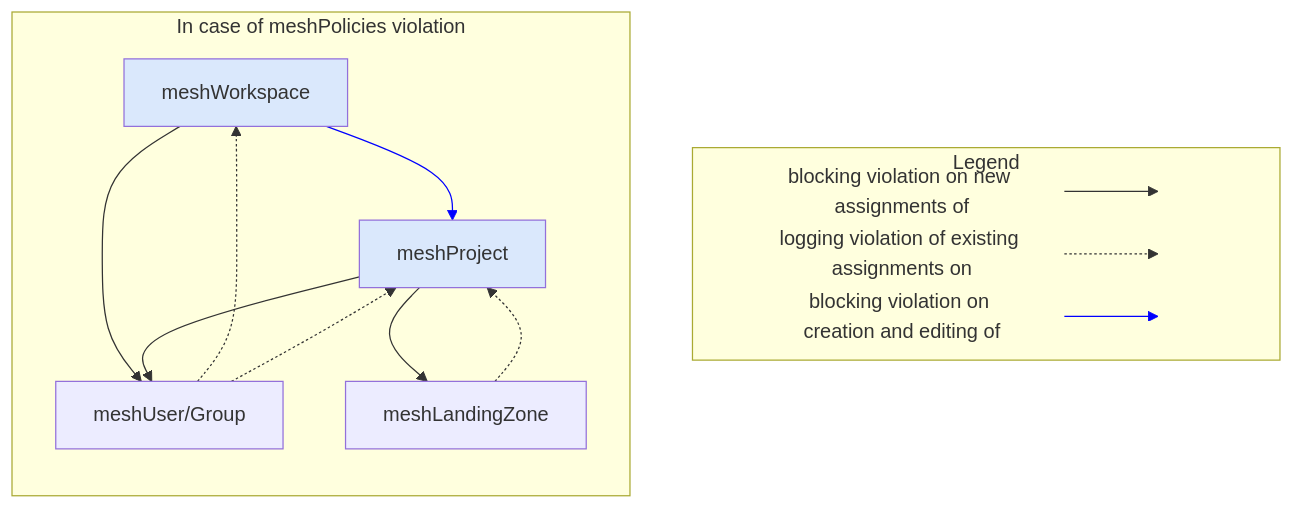
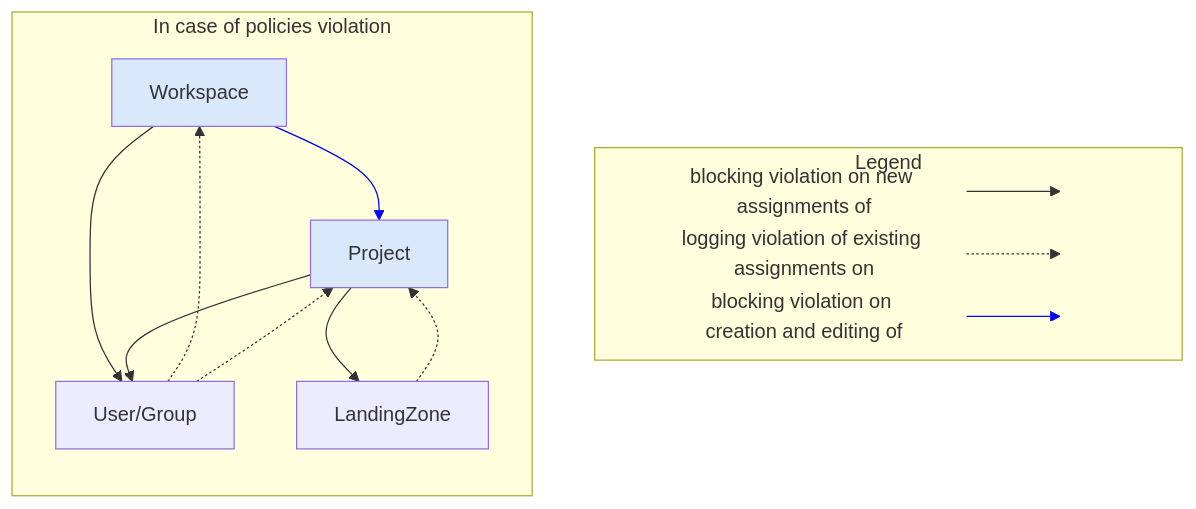
Before and after one commit to meshcloud/meshcloud-docs: the diagram in docs/meshcloud.policies.md, drawn with Mermaid. The commit also changed other lines of this file, not shown here.

Commit message:
style: remove "mesh" prefixes from policies documentation

````diff
--- a/docs/meshcloud.policies.md
+++ b/docs/meshcloud.policies.md
@@ -246,24 +235,24 @@
 ```mermaid
 flowchart TB
     subgraph Legend
     start1["blocking violation on new assignments of"]:::legendClass --> stop1[ ]:::legendClass
     start2["logging violation of existing assignments on"]:::legendClass -.-> stop2[ ]:::legendClass
     start3["blocking violation on creation and editing of"]:::legendClass --> stop3[ ]:::legendClass
     end
-    subgraph In case of meshPolicies violation
+    subgraph In case of policies violation
     direction TB
-      meshWorkspace:::authoritativeClass --> meshProject
-      meshWorkspace --> meshUser/Group
-      meshProject --> meshUser/Group
-      meshProject:::authoritativeClass --> meshLandingZone
-      meshLandingZone -.-> meshProject
-      meshUser/Group -.-> meshWorkspace
-      meshUser/Group -.-> meshProject
+      Workspace:::authoritativeClass --> Project
+      Workspace --> User/Group
+      Project --> User/Group
+      Project:::authoritativeClass --> LandingZone
+      LandingZone -.-> Project
+      User/Group -.-> Workspace
+      User/Group -.-> Project
 
     end
 
 classDef authoritativeClass fill:#dae8fc;
 classDef legendClass height:0px;
 linkStyle 2 stroke: blue;
 linkStyle 3 stroke: blue;
 ```
````
